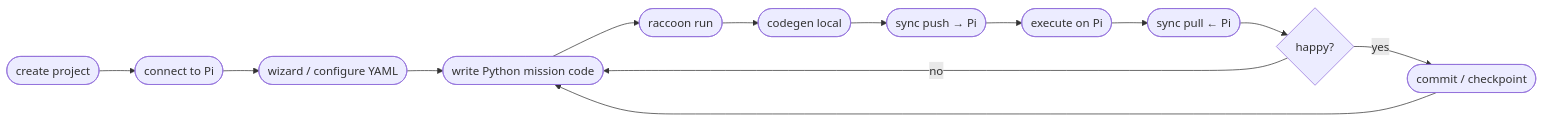
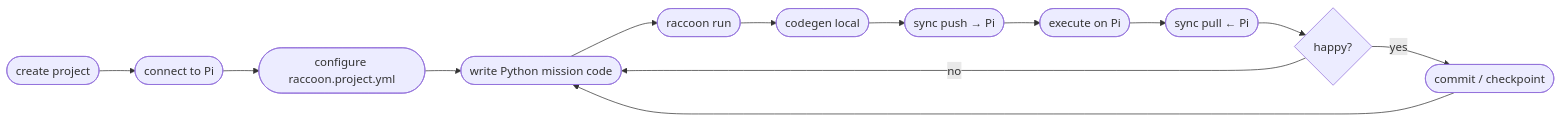
One commit to htl-stp-ecer/documentation changed the diagram in content/04-raccoon-cli/_index.md. Above: the diagram before and after it, drawn with Mermaid. The commit also changed other lines of this file and 5 other files, not shown here.

````diff
--- a/content/04-raccoon-cli/_index.md
+++ b/content/04-raccoon-cli/_index.md
@@ -17,15 +17,15 @@
 ```mermaid
 flowchart LR
     A([create project]) --> B([connect to Pi])
-    B --> C([wizard / configure YAML])
+    B --> C([configure raccoon.project.yml])
     C --> D([write Python mission code])
     D --> E([raccoon run])
     E --> F([codegen local])
     F --> G([sync push → Pi])
     G --> H([execute on Pi])
     H --> I([sync pull ← Pi])
     I --> J{happy?}
     J -- no --> D
     J -- yes --> K([commit / checkpoint])
     K --> D
 ```
````
